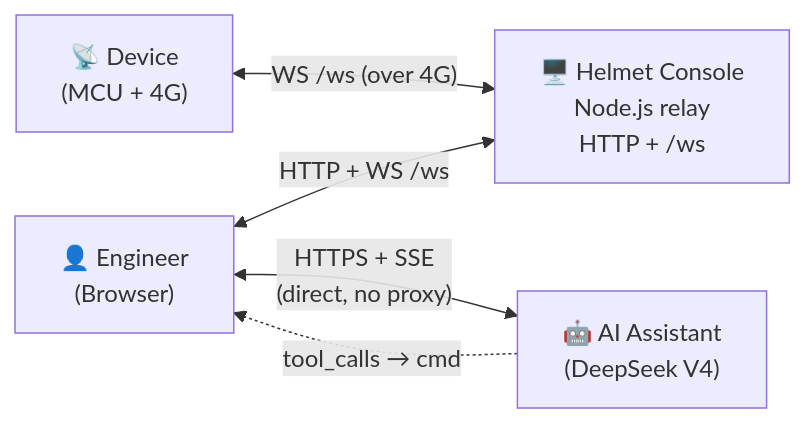
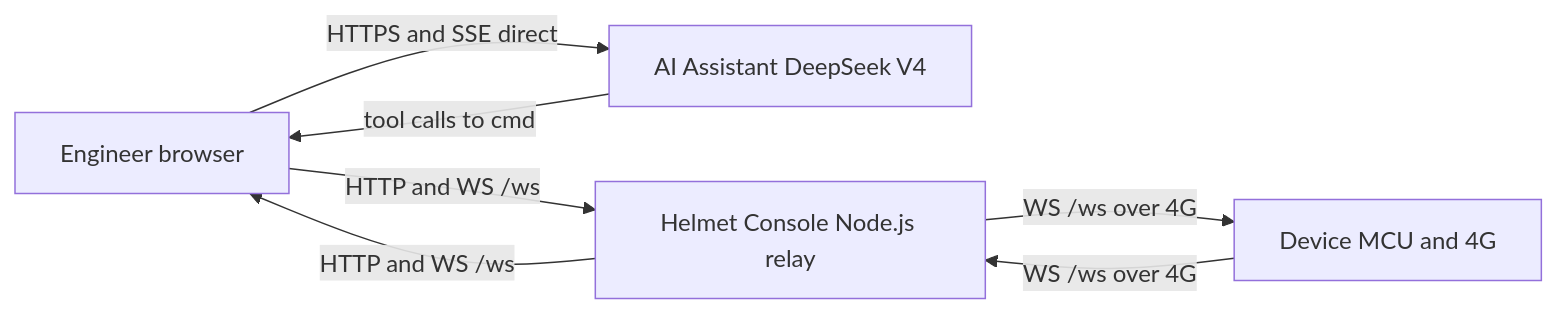
The first of 2 diagrams in README.md (rsecss/helmet-console), drawn with Mermaid before and after one commit. The commit also changed other lines of this file and 1 other file, not shown here.

First line of the commit message:
docs(readme): simplify mermaid node labels for renderer

````diff
--- a/README.md
+++ b/README.md
@@ -57,12 +57,14 @@
 ```mermaid
 flowchart LR
-    eng["👤 Engineer<br/>(Browser)"]
-    ai["🤖 AI Assistant<br/>(DeepSeek V4)"]
-    server["🖥️ Helmet Console<br/>Node.js relay<br/>HTTP + /ws"]
-    dev["📡 Device<br/>(MCU + 4G)"]
+    eng[Engineer browser]
+    ai[AI Assistant DeepSeek V4]
+    server[Helmet Console Node.js relay]
+    dev[Device MCU and 4G]
 
-    eng <-->|"HTTP + WS /ws"| server
-    eng <-->|"HTTPS + SSE<br/>(direct, no proxy)"| ai
-    ai -. "tool_calls → cmd" .-> eng
-    dev <-->|"WS /ws (over 4G)"| server
+    eng -->|HTTP and WS /ws| server
+    server -->|HTTP and WS /ws| eng
+    eng -->|HTTPS and SSE direct| ai
+    ai -->|tool calls to cmd| eng
+    dev -->|WS /ws over 4G| server
+    server -->|WS /ws over 4G| dev
 ```
````
